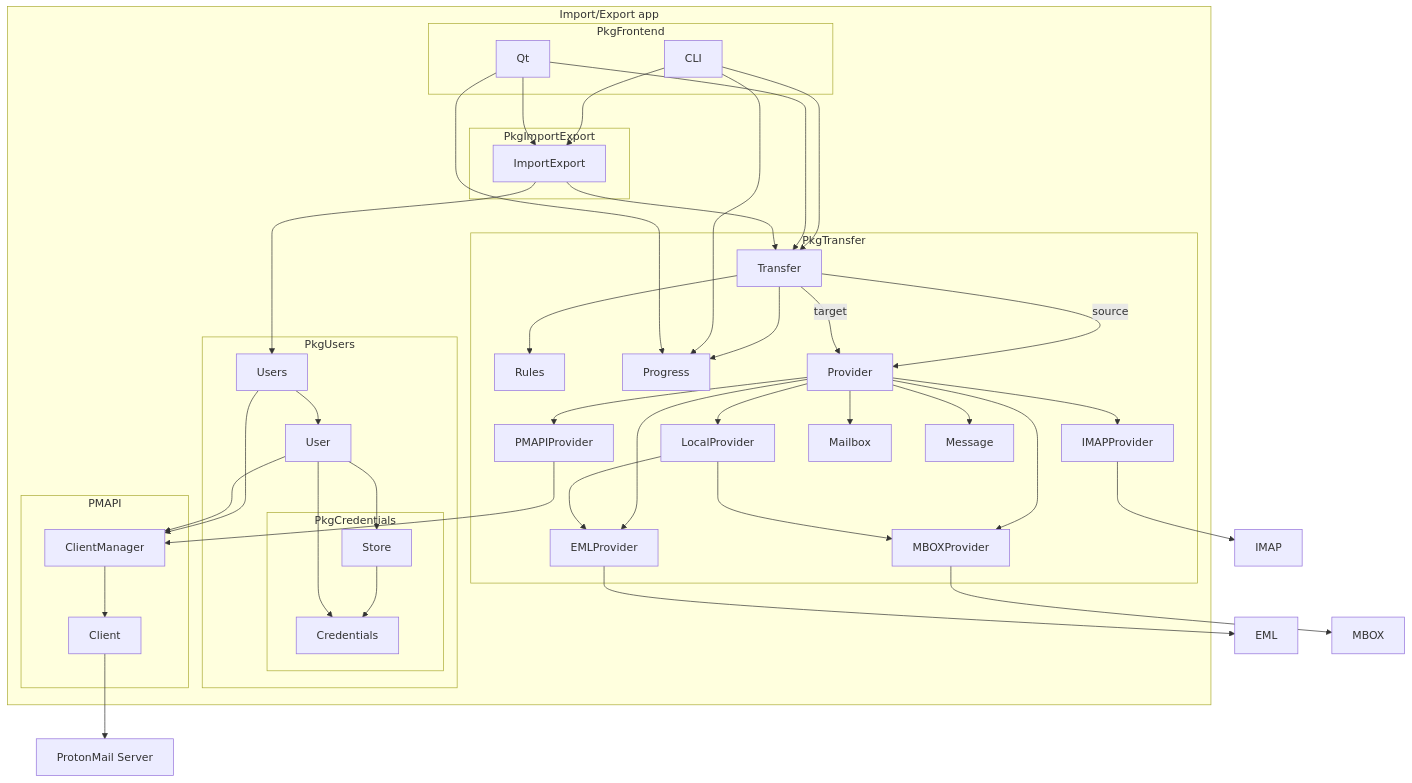
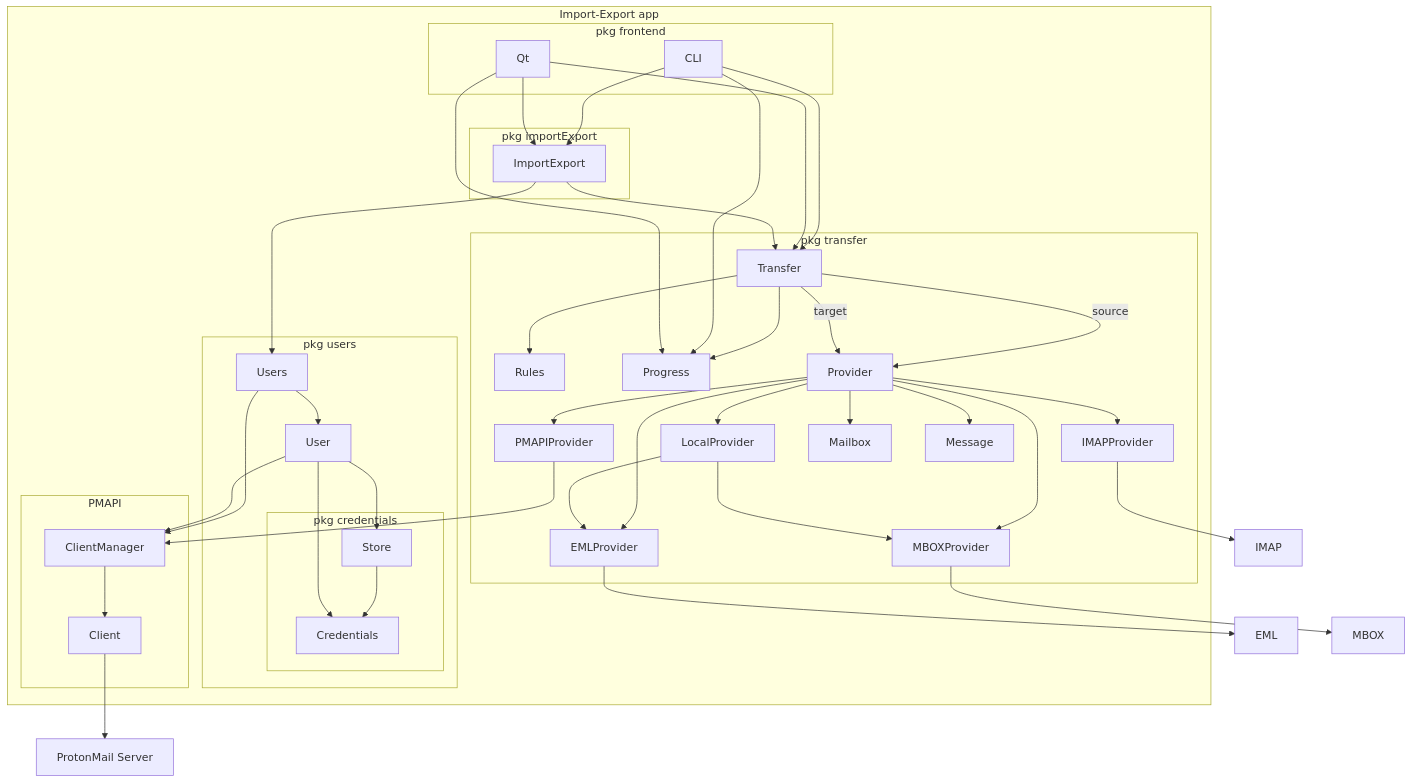
One commit to ProtonMail/proton-bridge changed the second of 2 diagrams in doc/importexport.md. Above: the diagram before and after it, drawn with Mermaid. The commit also changed other lines of this file and 81 other files, not shown here.

Commit message:
Import/Export final touches

```diff
--- a/doc/importexport.md
+++ b/doc/importexport.md
@@ -44,9 +44,9 @@
     MBOX[MBOX]
     IMAP[IMAP]
 
-    subgraph "Import/Export app"
-        subgraph PkgUsers
-            subgraph PkgCredentials
+    subgraph "Import-Export app"
+        subgraph "pkg users"
+            subgraph "pkg credentials"
                 CredStore[Store]
                 Creds[Credentials]
 
@@ -59,16 +59,16 @@
             US --> U
         end
 
-        subgraph PkgFrontend
+        subgraph "pkg frontend"
             CLI
             Qt
         end
 
-        subgraph PkgImportExport
+        subgraph "pkg importExport"
             IE[ImportExport]
         end
 
-        subgraph PkgTransfer
+        subgraph "pkg transfer"
             Transfer
             Rules
             Progress
```
